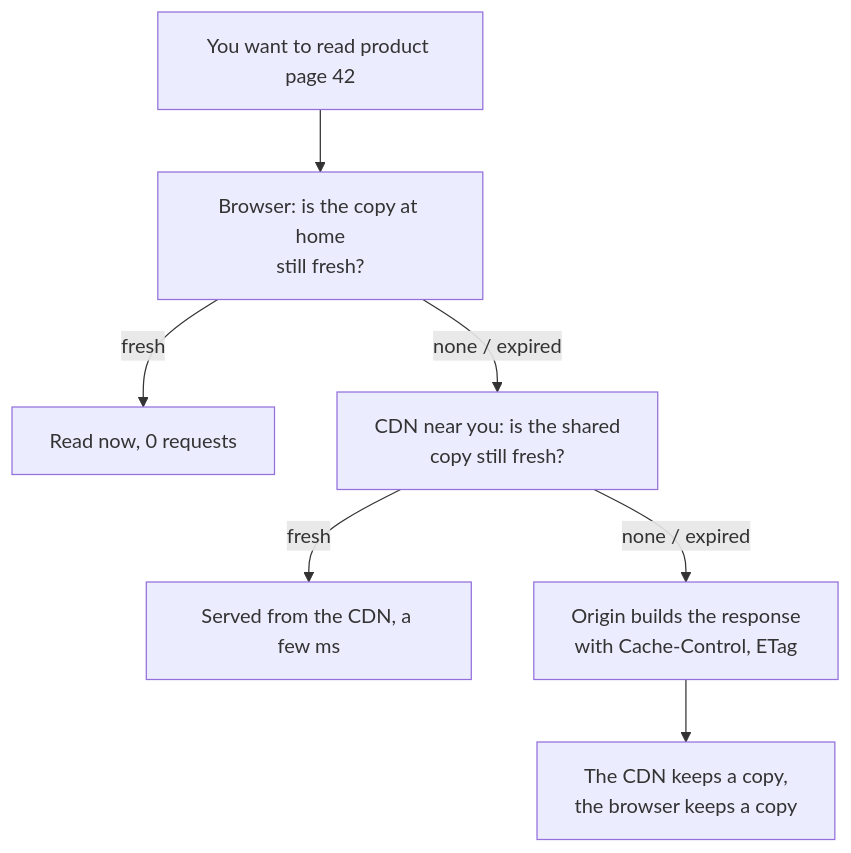
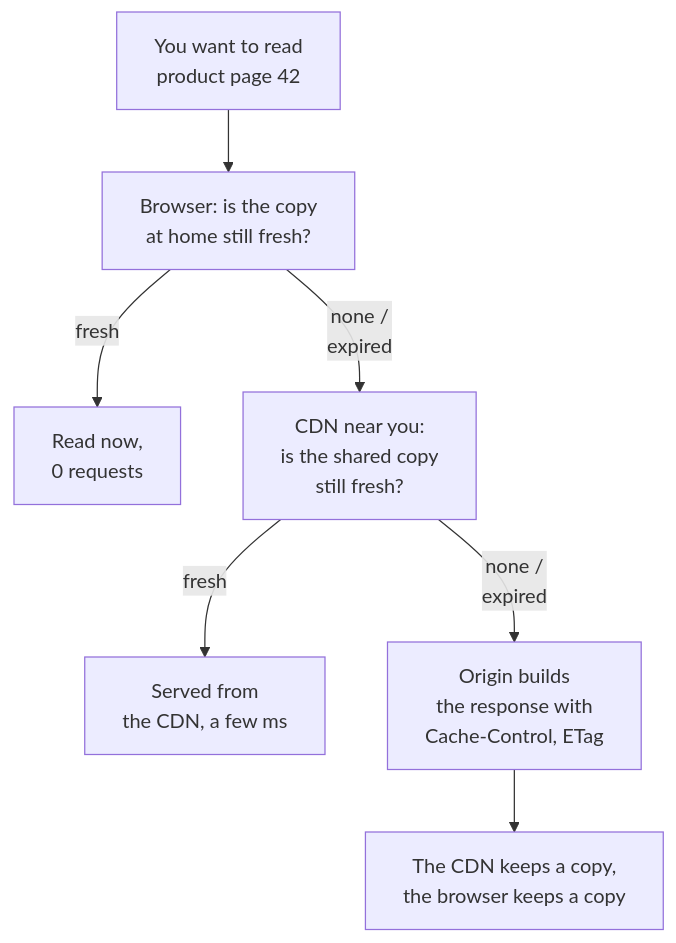
The diagram in content/en/posts/2026-11-22-caching-http.md (duongbui234/software-engineering-atlas), drawn with Mermaid before and after one commit. The commit also changed 134 other files, not shown here.

First line of the commit message:
Fit every Mermaid diagram at 390px without sideways scroll (#56)

````diff
--- a/content/en/posts/2026-11-22-caching-http.md
+++ b/content/en/posts/2026-11-22-caching-http.md
@@ -54,9 +54,9 @@
 ```mermaid
 flowchart TB
-    U["You want to read product page 42"] --> B["Browser: is the copy at home<br/>still fresh?"]
-    B -->|"fresh"| D1["Read now, 0 requests"]
-    B -->|"none / expired"| C["CDN near you: is the shared<br/>copy still fresh?"]
-    C -->|"fresh"| D2["Served from the CDN, a few ms"]
-    C -->|"none / expired"| O["Origin builds the response<br/>with Cache-Control, ETag"]
+    U["You want to read<br/>product page 42"] --> B["Browser: is the copy<br/>at home still fresh?"]
+    B -->|"fresh"| D1["Read now,<br/>0 requests"]
+    B -->|"none /<br/>expired"| C["CDN near you:<br/>is the shared copy<br/>still fresh?"]
+    C -->|"fresh"| D2["Served from<br/>the CDN, a few ms"]
+    C -->|"none /<br/>expired"| O["Origin builds<br/>the response with<br/>Cache-Control, ETag"]
     O --> D3["The CDN keeps a copy,<br/>the browser keeps a copy"]
 ```
````
